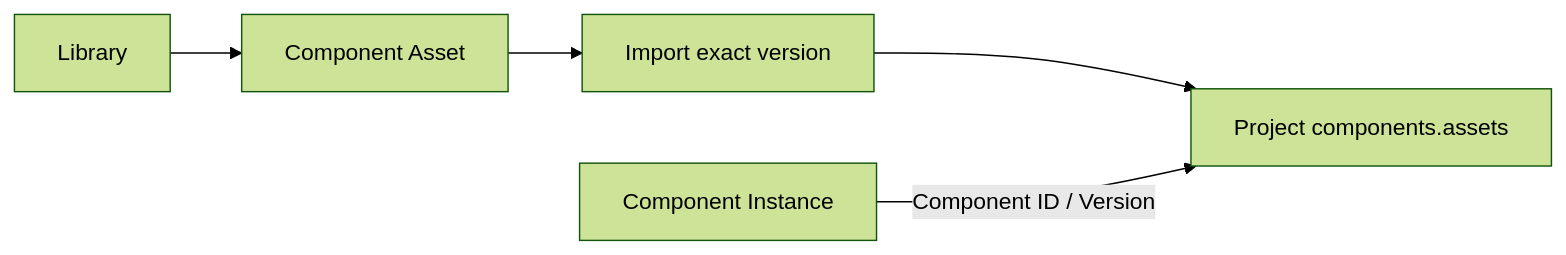
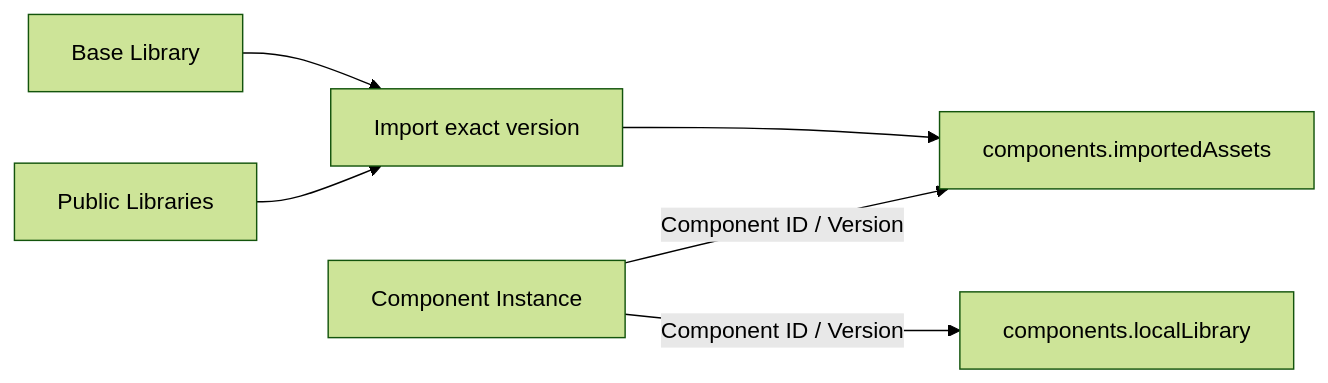
The third of 5 diagrams in docs/architecture/04-project-document-model.md (northwest-hcu/FlagShip), drawn with Mermaid (forest theme) before and after one commit. The commit also changed other lines of this file and 17 other files, not shown here.

Commit message:
feat: model base public and local component libraries

````diff
--- a/docs/architecture/04-project-document-model.md
+++ b/docs/architecture/04-project-document-model.md
@@ -383,7 +401,9 @@
 ```mermaid
 flowchart LR
-    Library["Library"] --> Component["Component Asset"]
-    Component --> Import["Import exact version"]
-    Import --> ProjectAssets["Project components.assets"]
-    Instance["Component Instance"] -->|"Component ID / Version"| ProjectAssets
+    Base["Base Library"] --> Import["Import exact version"]
+    Public["Public Libraries"] --> Import
+    Import --> Imported["components.importedAssets"]
+    Local["components.localLibrary"]
+    Instance["Component Instance"] -->|"Component ID / Version"| Imported
+    Instance -->|"Component ID / Version"| Local
 ```
````
